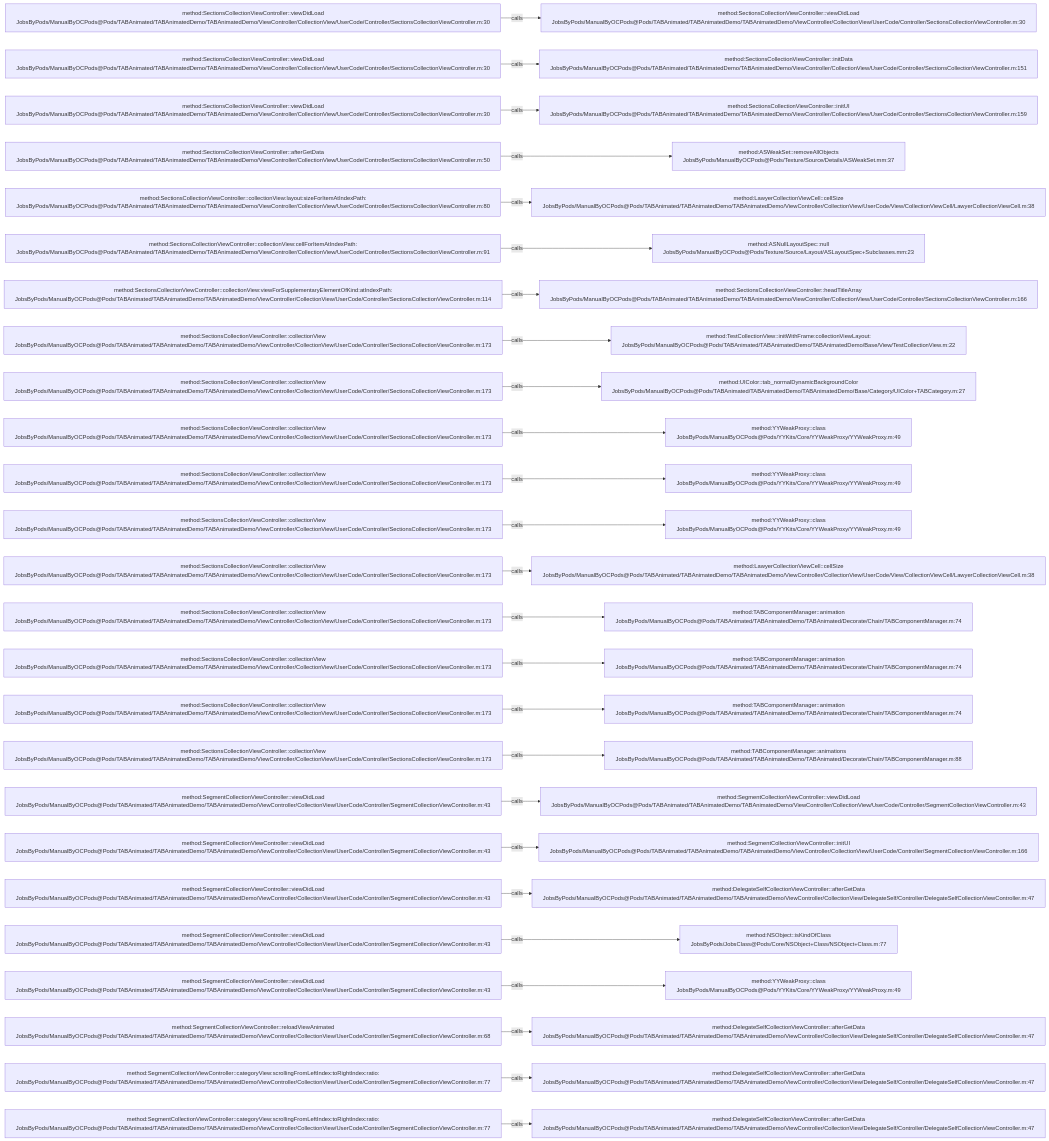
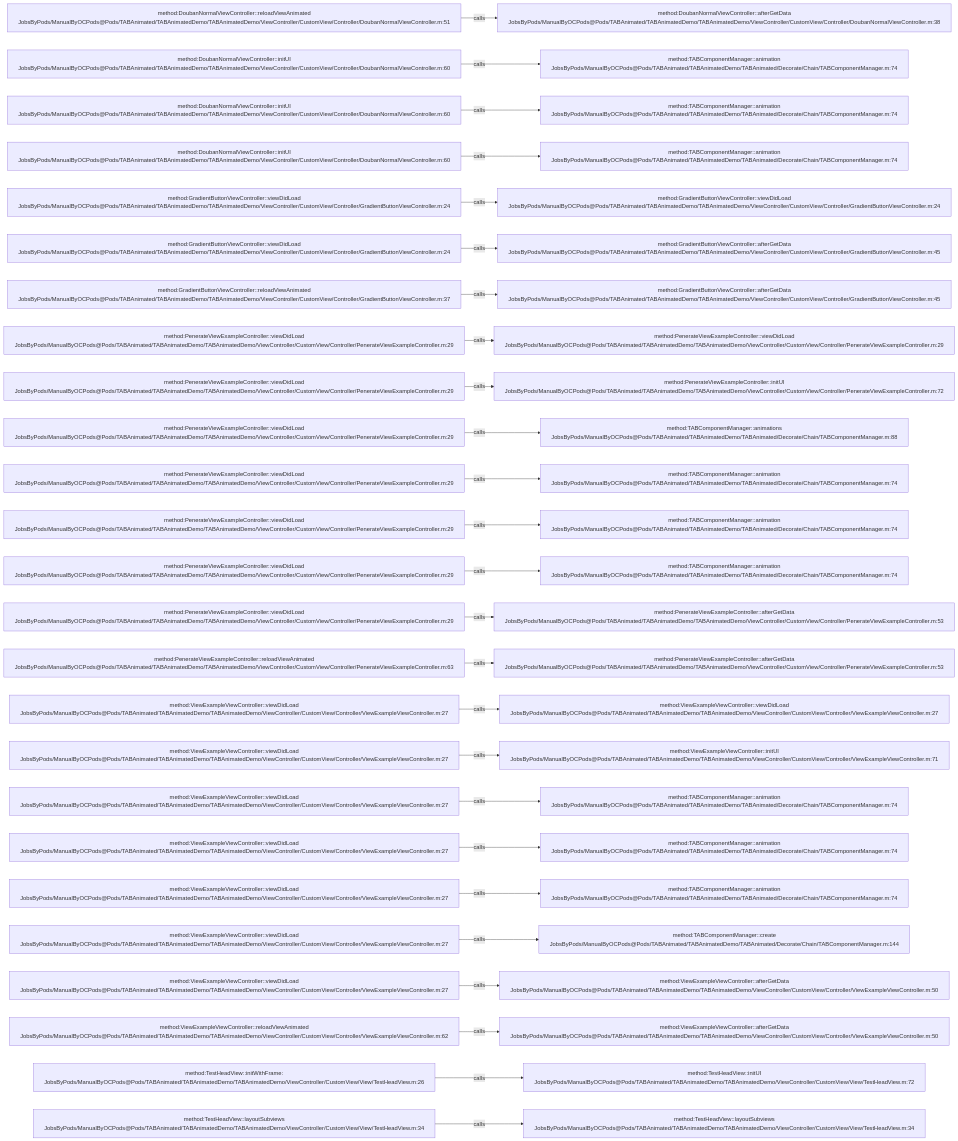
Before and after one commit to JobsKits/JobsOCBaseConfigDemo: the diagram in .codegraph/codegraph.md/graphs/calls-052.md, drawn with Mermaid. The commit also changed 1353 other files, not shown here.

````diff
--- a/.codegraph/codegraph.md/graphs/calls-052.md
+++ b/.codegraph/codegraph.md/graphs/calls-052.md
@@ -13,78 +13,78 @@
 ```mermaid
 flowchart LR
-  S1["method:SectionsCollectionViewController::viewDidLoad<br/>JobsByPods/ManualByOCPods@Pods/TABAnimated/TABAnimatedDemo/TABAnimatedDemo/ViewController/CollectionView/UserCode/Controller/SectionsCollectionViewController.m:30"]
-  T1["method:SectionsCollectionViewController::viewDidLoad<br/>JobsByPods/ManualByOCPods@Pods/TABAnimated/TABAnimatedDemo/TABAnimatedDemo/ViewController/CollectionView/UserCode/Controller/SectionsCollectionViewController.m:30"]
+  S1["method:DoubanNormalViewController::reloadViewAnimated<br/>JobsByPods/ManualByOCPods@Pods/TABAnimated/TABAnimatedDemo/TABAnimatedDemo/ViewController/CustomView/Controller/DoubanNormalViewController.m:51"]
+  T1["method:DoubanNormalViewController::afterGetData<br/>JobsByPods/ManualByOCPods@Pods/TABAnimated/TABAnimatedDemo/TABAnimatedDemo/ViewController/CustomView/Controller/DoubanNormalViewController.m:38"]
   S1 -->|calls| T1
-  S2["method:SectionsCollectionViewController::viewDidLoad<br/>JobsByPods/ManualByOCPods@Pods/TABAnimated/TABAnimatedDemo/TABAnimatedDemo/ViewController/CollectionView/UserCode/Controller/SectionsCollectionViewController.m:30"]
-  T2["method:SectionsCollectionViewController::initData<br/>JobsByPods/ManualByOCPods@Pods/TABAnimated/TABAnimatedDemo/TABAnimatedDemo/ViewController/CollectionView/UserCode/Controller/SectionsCollectionViewController.m:151"]
+  S2["method:DoubanNormalViewController::initUI<br/>JobsByPods/ManualByOCPods@Pods/TABAnimated/TABAnimatedDemo/TABAnimatedDemo/ViewController/CustomView/Controller/DoubanNormalViewController.m:60"]
+  T2["method:TABComponentManager::animation<br/>JobsByPods/ManualByOCPods@Pods/TABAnimated/TABAnimatedDemo/TABAnimated/Decorate/Chain/TABComponentManager.m:74"]
   S2 -->|calls| T2
-  S3["method:SectionsCollectionViewController::viewDidLoad<br/>JobsByPods/ManualByOCPods@Pods/TABAnimated/TABAnimatedDemo/TABAnimatedDemo/ViewController/CollectionView/UserCode/Controller/SectionsCollectionViewController.m:30"]
-  T3["method:SectionsCollectionViewController::initUI<br/>JobsByPods/ManualByOCPods@Pods/TABAnimated/TABAnimatedDemo/TABAnimatedDemo/ViewController/CollectionView/UserCode/Controller/SectionsCollectionViewController.m:159"]
+  S3["method:DoubanNormalViewController::initUI<br/>JobsByPods/ManualByOCPods@Pods/TABAnimated/TABAnimatedDemo/TABAnimatedDemo/ViewController/CustomView/Controller/DoubanNormalViewController.m:60"]
+  T3["method:TABComponentManager::animation<br/>JobsByPods/ManualByOCPods@Pods/TABAnimated/TABAnimatedDemo/TABAnimated/Decorate/Chain/TABComponentManager.m:74"]
   S3 -->|calls| T3
-  S4["method:SectionsCollectionViewController::afterGetData<br/>JobsByPods/ManualByOCPods@Pods/TABAnimated/TABAnimatedDemo/TABAnimatedDemo/ViewController/CollectionView/UserCode/Controller/SectionsCollectionViewController.m:50"]
-  T4["method:ASWeakSet::removeAllObjects<br/>JobsByPods/ManualByOCPods@Pods/Texture/Source/Details/ASWeakSet.mm:37"]
+  S4["method:DoubanNormalViewController::initUI<br/>JobsByPods/ManualByOCPods@Pods/TABAnimated/TABAnimatedDemo/TABAnimatedDemo/ViewController/CustomView/Controller/DoubanNormalViewController.m:60"]
+  T4["method:TABComponentManager::animation<br/>JobsByPods/ManualByOCPods@Pods/TABAnimated/TABAnimatedDemo/TABAnimated/Decorate/Chain/TABComponentManager.m:74"]
   S4 -->|calls| T4
-  S5["method:SectionsCollectionViewController::collectionView:layout:sizeForItemAtIndexPath:<br/>JobsByPods/ManualByOCPods@Pods/TABAnimated/TABAnimatedDemo/TABAnimatedDemo/ViewController/CollectionView/UserCode/Controller/SectionsCollectionViewController.m:80"]
-  T5["method:LawyerCollectionViewCell::cellSize<br/>JobsByPods/ManualByOCPods@Pods/TABAnimated/TABAnimatedDemo/TABAnimatedDemo/ViewController/CollectionView/UserCode/View/CollectionViewCell/LawyerCollectionViewCell.m:38"]
+  S5["method:GradientButtonViewController::viewDidLoad<br/>JobsByPods/ManualByOCPods@Pods/TABAnimated/TABAnimatedDemo/TABAnimatedDemo/ViewController/CustomView/Controller/GradientButtonViewController.m:24"]
+  T5["method:GradientButtonViewController::viewDidLoad<br/>JobsByPods/ManualByOCPods@Pods/TABAnimated/TABAnimatedDemo/TABAnimatedDemo/ViewController/CustomView/Controller/GradientButtonViewController.m:24"]
   S5 -->|calls| T5
-  S6["method:SectionsCollectionViewController::collectionView:cellForItemAtIndexPath:<br/>JobsByPods/ManualByOCPods@Pods/TABAnimated/TABAnimatedDemo/TABAnimatedDemo/ViewController/CollectionView/UserCode/Controller/SectionsCollectionViewController.m:91"]
-  T6["method:ASNullLayoutSpec::null<br/>JobsByPods/ManualByOCPods@Pods/Texture/Source/Layout/ASLayoutSpec+Subclasses.mm:23"]
+  S6["method:GradientButtonViewController::viewDidLoad<br/>JobsByPods/ManualByOCPods@Pods/TABAnimated/TABAnimatedDemo/TABAnimatedDemo/ViewController/CustomView/Controller/GradientButtonViewController.m:24"]
+  T6["method:GradientButtonViewController::afterGetData<br/>JobsByPods/ManualByOCPods@Pods/TABAnimated/TABAnimatedDemo/TABAnimatedDemo/ViewController/CustomView/Controller/GradientButtonViewController.m:45"]
   S6 -->|calls| T6
-  S7["method:SectionsCollectionViewController::collectionView:viewForSupplementaryElementOfKind:atIndexPath:<br/>JobsByPods/ManualByOCPods@Pods/TABAnimated/TABAnimatedDemo/TABAnimatedDemo/ViewController/CollectionView/UserCode/Controller/SectionsCollectionViewController.m:114"]
-  T7["method:SectionsCollectionViewController::headTitleArray<br/>JobsByPods/ManualByOCPods@Pods/TABAnimated/TABAnimatedDemo/TABAnimatedDemo/ViewController/CollectionView/UserCode/Controller/SectionsCollectionViewController.m:166"]
+  S7["method:GradientButtonViewController::reloadViewAnimated<br/>JobsByPods/ManualByOCPods@Pods/TABAnimated/TABAnimatedDemo/TABAnimatedDemo/ViewController/CustomView/Controller/GradientButtonViewController.m:37"]
+  T7["method:GradientButtonViewController::afterGetData<br/>JobsByPods/ManualByOCPods@Pods/TABAnimated/TABAnimatedDemo/TABAnimatedDemo/ViewController/CustomView/Controller/GradientButtonViewController.m:45"]
   S7 -->|calls| T7
-  S8["method:SectionsCollectionViewController::collectionView<br/>JobsByPods/ManualByOCPods@Pods/TABAnimated/TABAnimatedDemo/TABAnimatedDemo/ViewController/CollectionView/UserCode/Controller/SectionsCollectionViewController.m:173"]
-  T8["method:TestCollectionView::initWithFrame:collectionViewLayout:<br/>JobsByPods/ManualByOCPods@Pods/TABAnimated/TABAnimatedDemo/TABAnimatedDemo/Base/View/TestCollectionView.m:22"]
+  S8["method:PenerateViewExampleController::viewDidLoad<br/>JobsByPods/ManualByOCPods@Pods/TABAnimated/TABAnimatedDemo/TABAnimatedDemo/ViewController/CustomView/Controller/PenerateViewExampleController.m:29"]
+  T8["method:PenerateViewExampleController::viewDidLoad<br/>JobsByPods/ManualByOCPods@Pods/TABAnimated/TABAnimatedDemo/TABAnimatedDemo/ViewController/CustomView/Controller/PenerateViewExampleController.m:29"]
   S8 -->|calls| T8
-  S9["method:SectionsCollectionViewController::collectionView<br/>JobsByPods/ManualByOCPods@Pods/TABAnimated/TABAnimatedDemo/TABAnimatedDemo/ViewController/CollectionView/UserCode/Controller/SectionsCollectionViewController.m:173"]
-  T9["method:UIColor::tab_normalDynamicBackgroundColor<br/>JobsByPods/ManualByOCPods@Pods/TABAnimated/TABAnimatedDemo/TABAnimatedDemo/Base/Category/UIColor+TABCategory.m:27"]
+  S9["method:PenerateViewExampleController::viewDidLoad<br/>JobsByPods/ManualByOCPods@Pods/TABAnimated/TABAnimatedDemo/TABAnimatedDemo/ViewController/CustomView/Controller/PenerateViewExampleController.m:29"]
+  T9["method:PenerateViewExampleController::initUI<br/>JobsByPods/ManualByOCPods@Pods/TABAnimated/TABAnimatedDemo/TABAnimatedDemo/ViewController/CustomView/Controller/PenerateViewExampleController.m:72"]
   S9 -->|calls| T9
-  S10["method:SectionsCollectionViewController::collectionView<br/>JobsByPods/ManualByOCPods@Pods/TABAnimated/TABAnimatedDemo/TABAnimatedDemo/ViewController/CollectionView/UserCode/Controller/SectionsCollectionViewController.m:173"]
-  T10["method:YYWeakProxy::class<br/>JobsByPods/ManualByOCPods@Pods/YYKits/Core/YYWeakProxy/YYWeakProxy.m:49"]
+  S10["method:PenerateViewExampleController::viewDidLoad<br/>JobsByPods/ManualByOCPods@Pods/TABAnimated/TABAnimatedDemo/TABAnimatedDemo/ViewController/CustomView/Controller/PenerateViewExampleController.m:29"]
+  T10["method:TABComponentManager::animations<br/>JobsByPods/ManualByOCPods@Pods/TABAnimated/TABAnimatedDemo/TABAnimated/Decorate/Chain/TABComponentManager.m:88"]
   S10 -->|calls| T10
-  S11["method:SectionsCollectionViewController::collectionView<br/>JobsByPods/ManualByOCPods@Pods/TABAnimated/TABAnimatedDemo/TABAnimatedDemo/ViewController/CollectionView/UserCode/Controller/SectionsCollectionViewController.m:173"]
-  T11["method:YYWeakProxy::class<br/>JobsByPods/ManualByOCPods@Pods/YYKits/Core/YYWeakProxy/YYWeakProxy.m:49"]
+  S11["method:PenerateViewExampleController::viewDidLoad<br/>JobsByPods/ManualByOCPods@Pods/TABAnimated/TABAnimatedDemo/TABAnimatedDemo/ViewController/CustomView/Controller/PenerateViewExampleController.m:29"]
+  T11["method:TABComponentManager::animation<br/>JobsByPods/ManualByOCPods@Pods/TABAnimated/TABAnimatedDemo/TABAnimated/Decorate/Chain/TABComponentManager.m:74"]
   S11 -->|calls| T11
-  S12["method:SectionsCollectionViewController::collectionView<br/>JobsByPods/ManualByOCPods@Pods/TABAnimated/TABAnimatedDemo/TABAnimatedDemo/ViewController/CollectionView/UserCode/Controller/SectionsCollectionViewController.m:173"]
-  T12["method:YYWeakProxy::class<br/>JobsByPods/ManualByOCPods@Pods/YYKits/Core/YYWeakProxy/YYWeakProxy.m:49"]
+  S12["method:PenerateViewExampleController::viewDidLoad<br/>JobsByPods/ManualByOCPods@Pods/TABAnimated/TABAnimatedDemo/TABAnimatedDemo/ViewController/CustomView/Controller/PenerateViewExampleController.m:29"]
+  T12["method:TABComponentManager::animation<br/>JobsByPods/ManualByOCPods@Pods/TABAnimated/TABAnimatedDemo/TABAnimated/Decorate/Chain/TABComponentManager.m:74"]
   S12 -->|calls| T12
-  S13["method:SectionsCollectionViewController::collectionView<br/>JobsByPods/ManualByOCPods@Pods/TABAnimated/TABAnimatedDemo/TABAnimatedDemo/ViewController/CollectionView/UserCode/Controller/SectionsCollectionViewController.m:173"]
-  T13["method:LawyerCollectionViewCell::cellSize<br/>JobsByPods/ManualByOCPods@Pods/TABAnimated/TABAnimatedDemo/TABAnimatedDemo/ViewController/CollectionView/UserCode/View/CollectionViewCell/LawyerCollectionViewCell.m:38"]
+  S13["method:PenerateViewExampleController::viewDidLoad<br/>JobsByPods/ManualByOCPods@Pods/TABAnimated/TABAnimatedDemo/TABAnimatedDemo/ViewController/CustomView/Controller/PenerateViewExampleController.m:29"]
+  T13["method:TABComponentManager::animation<br/>JobsByPods/ManualByOCPods@Pods/TABAnimated/TABAnimatedDemo/TABAnimated/Decorate/Chain/TABComponentManager.m:74"]
   S13 -->|calls| T13
-  S14["method:SectionsCollectionViewController::collectionView<br/>JobsByPods/ManualByOCPods@Pods/TABAnimated/TABAnimatedDemo/TABAnimatedDemo/ViewController/CollectionView/UserCode/Controller/SectionsCollectionViewController.m:173"]
-  T14["method:TABComponentManager::animation<br/>JobsByPods/ManualByOCPods@Pods/TABAnimated/TABAnimatedDemo/TABAnimated/Decorate/Chain/TABComponentManager.m:74"]
+  S14["method:PenerateViewExampleController::viewDidLoad<br/>JobsByPods/ManualByOCPods@Pods/TABAnimated/TABAnimatedDemo/TABAnimatedDemo/ViewController/CustomView/Controller/PenerateViewExampleController.m:29"]
+  T14["method:PenerateViewExampleController::afterGetData<br/>JobsByPods/ManualByOCPods@Pods/TABAnimated/TABAnimatedDemo/TABAnimatedDemo/ViewController/CustomView/Controller/PenerateViewExampleController.m:53"]
   S14 -->|calls| T14
-  S15["method:SectionsCollectionViewController::collectionView<br/>JobsByPods/ManualByOCPods@Pods/TABAnimated/TABAnimatedDemo/TABAnimatedDemo/ViewController/CollectionView/UserCode/Controller/SectionsCollectionViewController.m:173"]
-  T15["method:TABComponentManager::animation<br/>JobsByPods/ManualByOCPods@Pods/TABAnimated/TABAnimatedDemo/TABAnimated/Decorate/Chain/TABComponentManager.m:74"]
+  S15["method:PenerateViewExampleController::reloadViewAnimated<br/>JobsByPods/ManualByOCPods@Pods/TABAnimated/TABAnimatedDemo/TABAnimatedDemo/ViewController/CustomView/Controller/PenerateViewExampleController.m:63"]
+  T15["method:PenerateViewExampleController::afterGetData<br/>JobsByPods/ManualByOCPods@Pods/TABAnimated/TABAnimatedDemo/TABAnimatedDemo/ViewController/CustomView/Controller/PenerateViewExampleController.m:53"]
   S15 -->|calls| T15
-  S16["method:SectionsCollectionViewController::collectionView<br/>JobsByPods/ManualByOCPods@Pods/TABAnimated/TABAnimatedDemo/TABAnimatedDemo/ViewController/CollectionView/UserCode/Controller/SectionsCollectionViewController.m:173"]
-  T16["method:TABComponentManager::animation<br/>JobsByPods/ManualByOCPods@Pods/TABAnimated/TABAnimatedDemo/TABAnimated/Decorate/Chain/TABComponentManager.m:74"]
+  S16["method:ViewExampleViewController::viewDidLoad<br/>JobsByPods/ManualByOCPods@Pods/TABAnimated/TABAnimatedDemo/TABAnimatedDemo/ViewController/CustomView/Controller/ViewExampleViewController.m:27"]
+  T16["method:ViewExampleViewController::viewDidLoad<br/>JobsByPods/ManualByOCPods@Pods/TABAnimated/TABAnimatedDemo/TABAnimatedDemo/ViewController/CustomView/Controller/ViewExampleViewController.m:27"]
   S16 -->|calls| T16
-  S17["method:SectionsCollectionViewController::collectionView<br/>JobsByPods/ManualByOCPods@Pods/TABAnimated/TABAnimatedDemo/TABAnimatedDemo/ViewController/CollectionView/UserCode/Controller/SectionsCollectionViewController.m:173"]
-  T17["method:TABComponentManager::animations<br/>JobsByPods/ManualByOCPods@Pods/TABAnimated/TABAnimatedDemo/TABAnimated/Decorate/Chain/TABComponentManager.m:88"]
+  S17["method:ViewExampleViewController::viewDidLoad<br/>JobsByPods/ManualByOCPods@Pods/TABAnimated/TABAnimatedDemo/TABAnimatedDemo/ViewController/CustomView/Controller/ViewExampleViewController.m:27"]
+  T17["method:ViewExampleViewController::initUI<br/>JobsByPods/ManualByOCPods@Pods/TABAnimated/TABAnimatedDemo/TABAnimatedDemo/ViewController/CustomView/Controller/ViewExampleViewController.m:71"]
   S17 -->|calls| T17
-  S18["method:SegmentCollectionViewController::viewDidLoad<br/>JobsByPods/ManualByOCPods@Pods/TABAnimated/TABAnimatedDemo/TABAnimatedDemo/ViewController/CollectionView/UserCode/Controller/SegmentCollectionViewController.m:43"]
-  T18["method:SegmentCollectionViewController::viewDidLoad<br/>JobsByPods/ManualByOCPods@Pods/TABAnimated/TABAnimatedDemo/TABAnimatedDemo/ViewController/CollectionView/UserCode/Controller/SegmentCollectionViewController.m:43"]
+  S18["method:ViewExampleViewController::viewDidLoad<br/>JobsByPods/ManualByOCPods@Pods/TABAnimated/TABAnimatedDemo/TABAnimatedDemo/ViewController/CustomView/Controller/ViewExampleViewController.m:27"]
+  T18["method:TABComponentManager::animation<br/>JobsByPods/ManualByOCPods@Pods/TABAnimated/TABAnimatedDemo/TABAnimated/Decorate/Chain/TABComponentManager.m:74"]
   S18 -->|calls| T18
-  S19["method:SegmentCollectionViewController::viewDidLoad<br/>JobsByPods/ManualByOCPods@Pods/TABAnimated/TABAnimatedDemo/TABAnimatedDemo/ViewController/CollectionView/UserCode/Controller/SegmentCollectionViewController.m:43"]
-  T19["method:SegmentCollectionViewController::initUI<br/>JobsByPods/ManualByOCPods@Pods/TABAnimated/TABAnimatedDemo/TABAnimatedDemo/ViewController/CollectionView/UserCode/Controller/SegmentCollectionViewController.m:166"]
+  S19["method:ViewExampleViewController::viewDidLoad<br/>JobsByPods/ManualByOCPods@Pods/TABAnimated/TABAnimatedDemo/TABAnimatedDemo/ViewController/CustomView/Controller/ViewExampleViewController.m:27"]
+  T19["method:TABComponentManager::animation<br/>JobsByPods/ManualByOCPods@Pods/TABAnimated/TABAnimatedDemo/TABAnimated/Decorate/Chain/TABComponentManager.m:74"]
   S19 -->|calls| T19
-  S20["method:SegmentCollectionViewController::viewDidLoad<br/>JobsByPods/ManualByOCPods@Pods/TABAnimated/TABAnimatedDemo/TABAnimatedDemo/ViewController/CollectionView/UserCode/Controller/SegmentCollectionViewController.m:43"]
-  T20["method:DelegateSelfCollectionViewController::afterGetData<br/>JobsByPods/ManualByOCPods@Pods/TABAnimated/TABAnimatedDemo/TABAnimatedDemo/ViewController/CollectionView/DelegateSelf/Controller/DelegateSelfCollectionViewController.m:47"]
+  S20["method:ViewExampleViewController::viewDidLoad<br/>JobsByPods/ManualByOCPods@Pods/TABAnimated/TABAnimatedDemo/TABAnimatedDemo/ViewController/CustomView/Controller/ViewExampleViewController.m:27"]
+  T20["method:TABComponentManager::animation<br/>JobsByPods/ManualByOCPods@Pods/TABAnimated/TABAnimatedDemo/TABAnimated/Decorate/Chain/TABComponentManager.m:74"]
   S20 -->|calls| T20
-  S21["method:SegmentCollectionViewController::viewDidLoad<br/>JobsByPods/ManualByOCPods@Pods/TABAnimated/TABAnimatedDemo/TABAnimatedDemo/ViewController/CollectionView/UserCode/Controller/SegmentCollectionViewController.m:43"]
-  T21["method:NSObject::isKindOfClass<br/>JobsByPods/JobsClass@Pods/Core/NSObject+Class/NSObject+Class.m:77"]
+  S21["method:ViewExampleViewController::viewDidLoad<br/>JobsByPods/ManualByOCPods@Pods/TABAnimated/TABAnimatedDemo/TABAnimatedDemo/ViewController/CustomView/Controller/ViewExampleViewController.m:27"]
+  T21["method:TABComponentManager::create<br/>JobsByPods/ManualByOCPods@Pods/TABAnimated/TABAnimatedDemo/TABAnimated/Decorate/Chain/TABComponentManager.m:144"]
   S21 -->|calls| T21
-  S22["method:SegmentCollectionViewController::viewDidLoad<br/>JobsByPods/ManualByOCPods@Pods/TABAnimated/TABAnimatedDemo/TABAnimatedDemo/ViewController/CollectionView/UserCode/Controller/SegmentCollectionViewController.m:43"]
-  T22["method:YYWeakProxy::class<br/>JobsByPods/ManualByOCPods@Pods/YYKits/Core/YYWeakProxy/YYWeakProxy.m:49"]
+  S22["method:ViewExampleViewController::viewDidLoad<br/>JobsByPods/ManualByOCPods@Pods/TABAnimated/TABAnimatedDemo/TABAnimatedDemo/ViewController/CustomView/Controller/ViewExampleViewController.m:27"]
+  T22["method:ViewExampleViewController::afterGetData<br/>JobsByPods/ManualByOCPods@Pods/TABAnimated/TABAnimatedDemo/TABAnimatedDemo/ViewController/CustomView/Controller/ViewExampleViewController.m:50"]
   S22 -->|calls| T22
-  S23["method:SegmentCollectionViewController::reloadViewAnimated<br/>JobsByPods/ManualByOCPods@Pods/TABAnimated/TABAnimatedDemo/TABAnimatedDemo/ViewController/CollectionView/UserCode/Controller/SegmentCollectionViewController.m:68"]
-  T23["method:DelegateSelfCollectionViewController::afterGetData<br/>JobsByPods/ManualByOCPods@Pods/TABAnimated/TABAnimatedDemo/TABAnimatedDemo/ViewController/CollectionView/DelegateSelf/Controller/DelegateSelfCollectionViewController.m:47"]
+  S23["method:ViewExampleViewController::reloadViewAnimated<br/>JobsByPods/ManualByOCPods@Pods/TABAnimated/TABAnimatedDemo/TABAnimatedDemo/ViewController/CustomView/Controller/ViewExampleViewController.m:62"]
+  T23["method:ViewExampleViewController::afterGetData<br/>JobsByPods/ManualByOCPods@Pods/TABAnimated/TABAnimatedDemo/TABAnimatedDemo/ViewController/CustomView/Controller/ViewExampleViewController.m:50"]
   S23 -->|calls| T23
-  S24["method:SegmentCollectionViewController::categoryView:scrollingFromLeftIndex:toRightIndex:ratio:<br/>JobsByPods/ManualByOCPods@Pods/TABAnimated/TABAnimatedDemo/TABAnimatedDemo/ViewController/CollectionView/UserCode/Controller/SegmentCollectionViewController.m:77"]
-  T24["method:DelegateSelfCollectionViewController::afterGetData<br/>JobsByPods/ManualByOCPods@Pods/TABAnimated/TABAnimatedDemo/TABAnimatedDemo/ViewController/CollectionView/DelegateSelf/Controller/DelegateSelfCollectionViewController.m:47"]
+  S24["method:TestHeadView::initWithFrame:<br/>JobsByPods/ManualByOCPods@Pods/TABAnimated/TABAnimatedDemo/TABAnimatedDemo/ViewController/CustomView/View/TestHeadView.m:26"]
+  T24["method:TestHeadView::initUI<br/>JobsByPods/ManualByOCPods@Pods/TABAnimated/TABAnimatedDemo/TABAnimatedDemo/ViewController/CustomView/View/TestHeadView.m:72"]
   S24 -->|calls| T24
-  S25["method:SegmentCollectionViewController::categoryView:scrollingFromLeftIndex:toRightIndex:ratio:<br/>JobsByPods/ManualByOCPods@Pods/TABAnimated/TABAnimatedDemo/TABAnimatedDemo/ViewController/CollectionView/UserCode/Controller/SegmentCollectionViewController.m:77"]
-  T25["method:DelegateSelfCollectionViewController::afterGetData<br/>JobsByPods/ManualByOCPods@Pods/TABAnimated/TABAnimatedDemo/TABAnimatedDemo/ViewController/CollectionView/DelegateSelf/Controller/DelegateSelfCollectionViewController.m:47"]
+  S25["method:TestHeadView::layoutSubviews<br/>JobsByPods/ManualByOCPods@Pods/TABAnimated/TABAnimatedDemo/TABAnimatedDemo/ViewController/CustomView/View/TestHeadView.m:34"]
+  T25["method:TestHeadView::layoutSubviews<br/>JobsByPods/ManualByOCPods@Pods/TABAnimated/TABAnimatedDemo/TABAnimatedDemo/ViewController/CustomView/View/TestHeadView.m:34"]
   S25 -->|calls| T25
 ```
````
